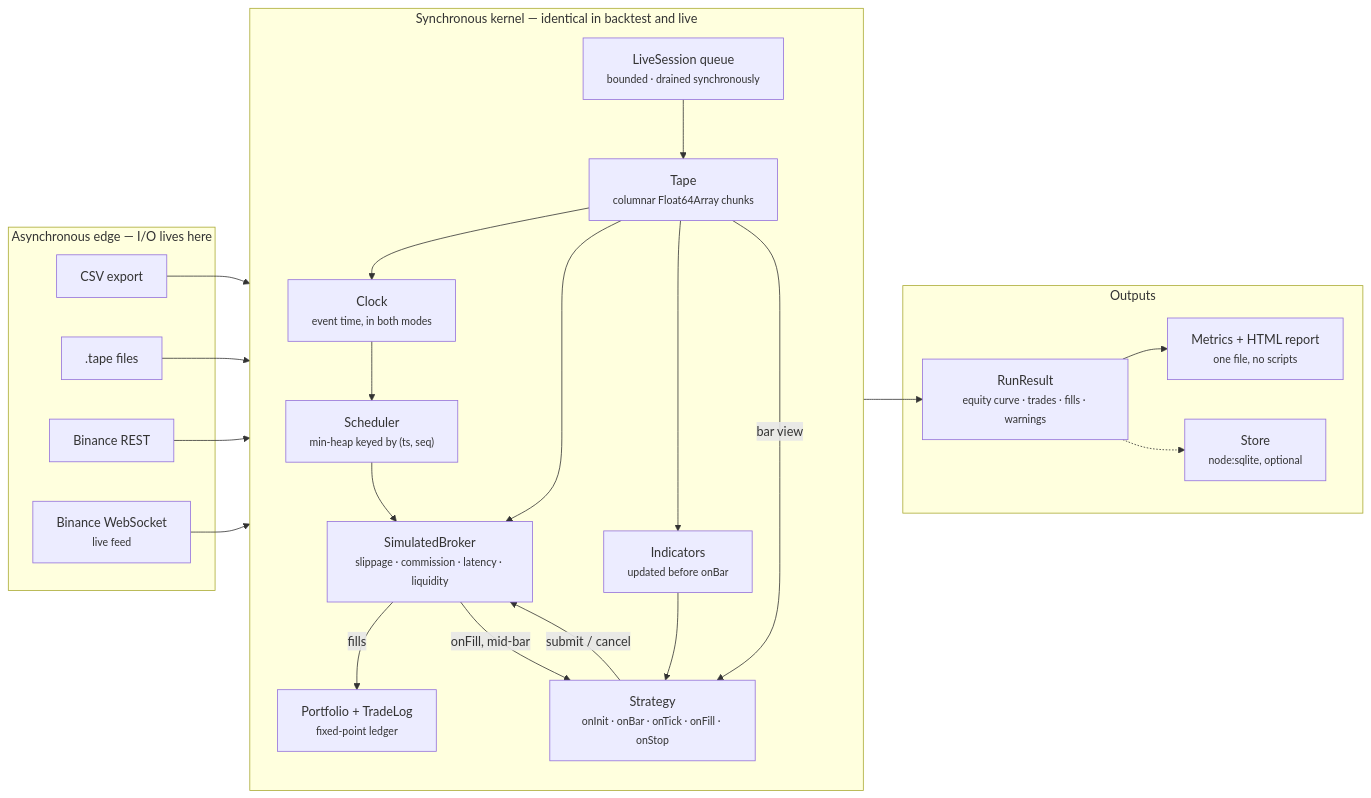
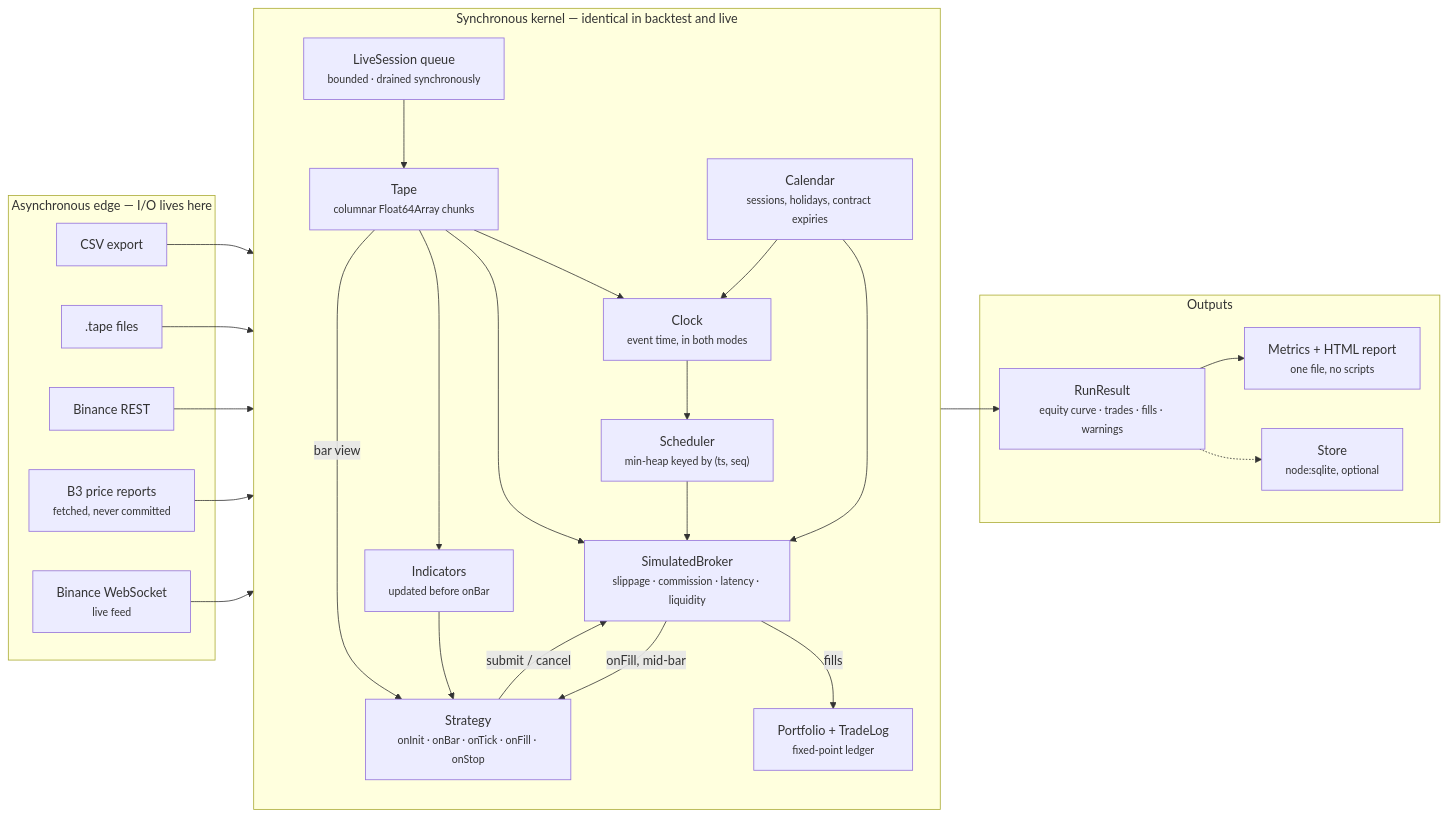
The diagram in README.md (naderfilho/Tapedeck), drawn with Mermaid before and after one commit. The commit also changed other lines of this file and 17 other files, not shown here.

````diff
--- a/README.md
+++ b/README.md
@@ -196,46 +231,51 @@
 ```mermaid
 flowchart LR
   subgraph edge["Asynchronous edge — I/O lives here"]
     csv["CSV export"]
     tape[".tape files"]
     rest["Binance REST"]
     ws["Binance WebSocket<br/><small>live feed</small>"]
+    b3["B3 price reports<br/><small>fetched, never committed</small>"]
   end
 
   subgraph kernel["Synchronous kernel — identical in backtest and live"]
     direction TB
     queue["LiveSession queue<br/><small>bounded · drained synchronously</small>"]
     chunks["Tape<br/><small>columnar Float64Array chunks</small>"]
     sched["Scheduler<br/><small>min-heap keyed by (ts, seq)</small>"]
     clock["Clock<br/><small>event time, in both modes</small>"]
+    cal["Calendar<br/><small>sessions, holidays, contract expiries</small>"]
     broker["SimulatedBroker<br/><small>slippage · commission · latency · liquidity</small>"]
     ind["Indicators<br/><small>updated before onBar</small>"]
     strat["Strategy<br/><small>onInit · onBar · onTick · onFill · onStop</small>"]
     port["Portfolio + TradeLog<br/><small>fixed-point ledger</small>"]
   end
 
   subgraph out["Outputs"]
     result["RunResult<br/><small>equity curve · trades · fills · warnings</small>"]
     report["Metrics + HTML report<br/><small>one file, no scripts</small>"]
     store["Store<br/><small>node:sqlite, optional</small>"]
   end
 
   queue --> chunks
   csv --> chunks
   tape --> chunks
   rest --> chunks
+  b3 --> chunks
   ws --> queue
   chunks --> clock
   clock --> sched
+  cal --> broker
+  cal --> clock
   sched --> broker
   chunks --> broker
   chunks --> ind
   ind --> strat
   broker -- "fills" --> port
   broker -- "onFill, mid-bar" --> strat
   chunks -- "bar view" --> strat
   strat -- "submit / cancel" --> broker
   port --> result
   result --> report
   result -.-> store
 ```
````
